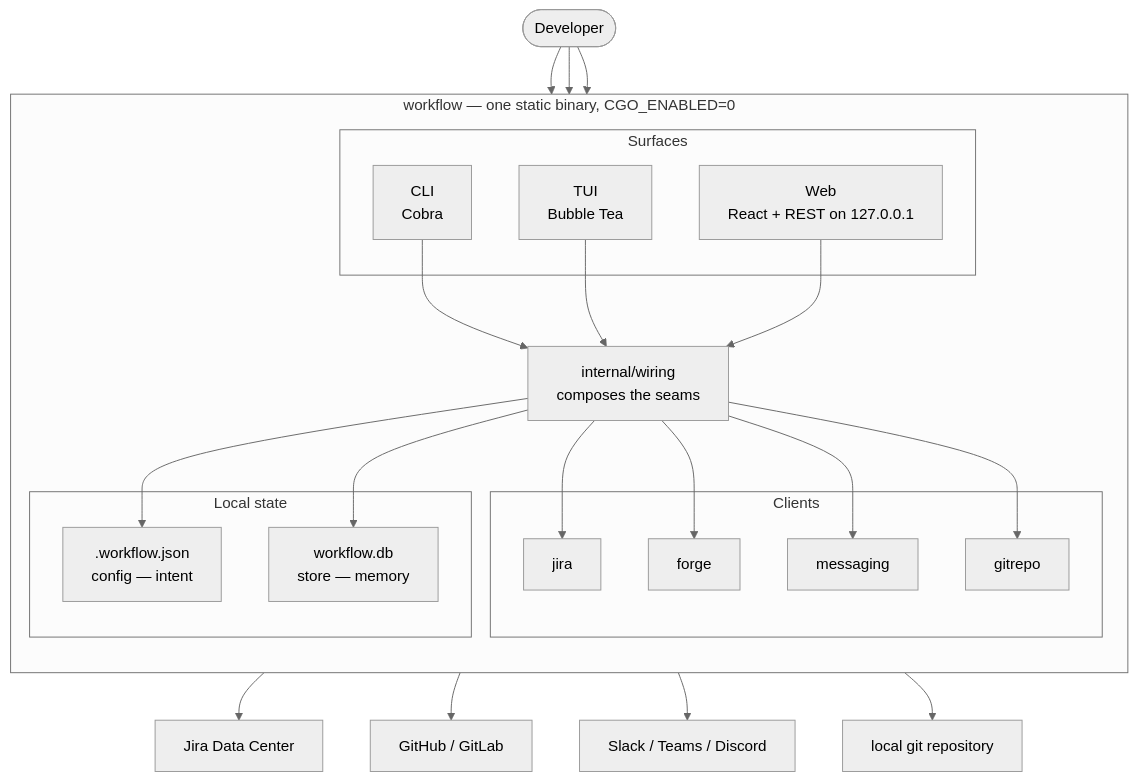
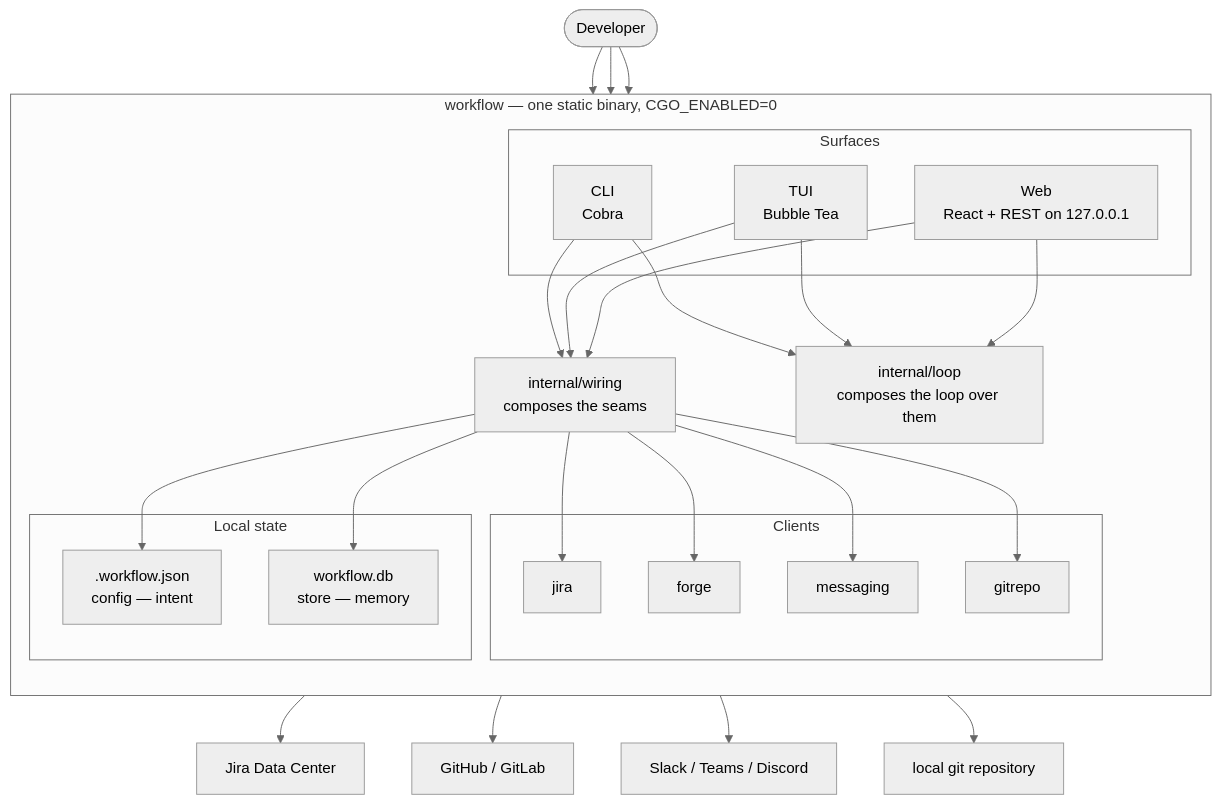
The first of 4 diagrams in ARCHITECTURE.md (jacob-delgado/workflow), drawn with Mermaid (neutral theme) before and after one commit. The commit also changed other lines of this file and 16 other files, not shown here.

````diff
--- a/ARCHITECTURE.md
+++ b/ARCHITECTURE.md
@@ -35,33 +35,35 @@
 ```mermaid
 flowchart TB
     dev(["Developer"])
 
     subgraph binary["workflow — one static binary, CGO_ENABLED=0"]
         direction TB
         subgraph surfaces["Surfaces"]
             cli["CLI<br/>Cobra"]
             tui["TUI<br/>Bubble Tea"]
             web["Web<br/>React + REST on 127.0.0.1"]
         end
         wiring["internal/wiring<br/>composes the seams"]
+        loop["internal/loop<br/>composes the loop over them"]
         subgraph clients["Clients"]
             jira["jira"]
             forge["forge"]
             msg["messaging"]
             git["gitrepo"]
         end
         subgraph localstate["Local state"]
             cfg[".workflow.json<br/>config — intent"]
             store["workflow.db<br/>store — memory"]
         end
     end
 
     dev --> cli & tui & web
     cli & tui & web --> wiring
+    cli & tui & web --> loop
     wiring --> jira & forge & msg & git
     wiring --> cfg & store
     jira --> jiraSrv["Jira Data Center"]
     forge --> forgeSrv["GitHub / GitLab"]
     msg --> chat["Slack / Teams / Discord"]
     git --> repo["local git repository"]
 ```
````
